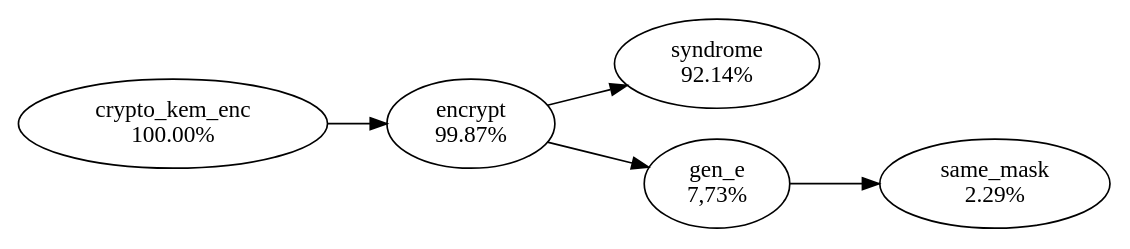
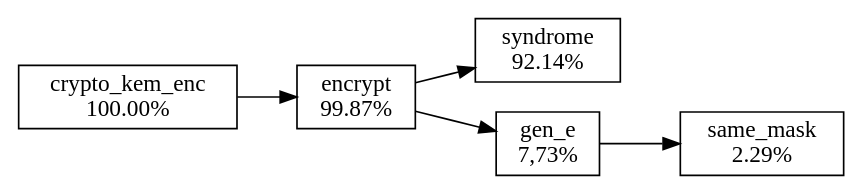
Before and after one commit to profiling-pqc-kem-thesis/data: the diagram in classic-mceliece/hot-paths/6960119/crypto_kem_enc.dot, drawn with Graphviz. The commit also changed 12 other files, not shown here.

```diff
--- a/classic-mceliece/hot-paths/6960119/crypto_kem_enc.dot
+++ b/classic-mceliece/hot-paths/6960119/crypto_kem_enc.dot
@@ -1,12 +1,13 @@
-digraph "callgraph" {
+digraph G {
   rankdir=LR;
+  node [shape=box];
   F5562532e2a30 [label="syndrome\n92.14%"];
   F5562532e6b20 [label="same_mask\n2.29%"];
   F556253343870 [label="encrypt\n99.87%"];
   F55625334fbd0 [label="crypto_kem_enc\n100.00%"];
   F5562534de780 [label="gen_e\n7,73%"];
   F556253343870 -> F5562532e2a30
   F556253343870 -> F5562534de780
   F55625334fbd0 -> F556253343870
   F5562534de780 -> F5562532e6b20
 }
```
